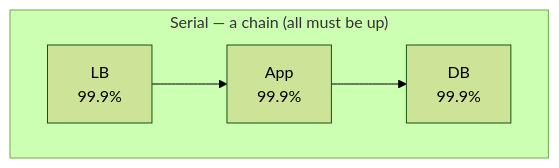
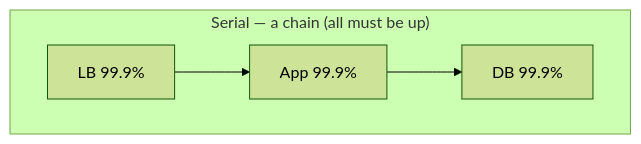
The first of 2 diagrams in src/modules/system-design/content/06-reliability/01-availability-and-slas.md (mohammad-mriesh-job/cortex), drawn with Mermaid (forest theme) before and after one commit. The commit also changed other lines of this file and 257 other files, not shown here.

````diff
--- a/src/modules/system-design/content/06-reliability/01-availability-and-slas.md
+++ b/src/modules/system-design/content/06-reliability/01-availability-and-slas.md
@@ -59,7 +59,7 @@
 ```mermaid
 flowchart LR
   subgraph Serial["Serial — a chain (all must be up)"]
     direction LR
-    C1["LB<br/>99.9%"] --> C2["App<br/>99.9%"] --> C3["DB<br/>99.9%"]
+    C1["LB 99.9%"] --> C2["App 99.9%"] --> C3["DB 99.9%"]
   end
 ```
````
